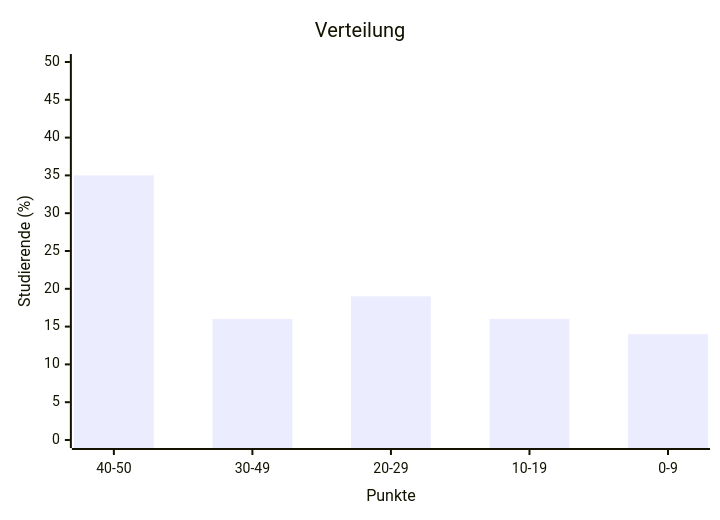
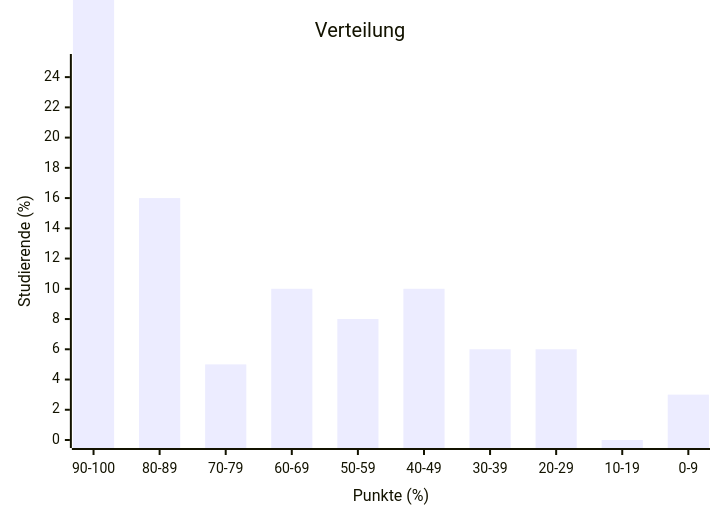
The second of 4 diagrams in docs/additional-material/daniel/coding2-wi/exam-results.md (jappuccini/java-docs), drawn with Mermaid before and after one commit. The commit also changed other lines of this file and 1 other file, not shown here.

````diff
--- a/docs/additional-material/daniel/coding2-wi/exam-results.md
+++ b/docs/additional-material/daniel/coding2-wi/exam-results.md
@@ -34,7 +34,7 @@
 ```mermaid
 xychart-beta
    title "Verteilung"
-   x-axis "Punkte" ["40-50", "30-49", "20-29", "10-19", "0-9"]
-   y-axis "Studierende (%)" 0 --> 50
-   bar [35, 16, 19, 16, 14]
+   x-axis "Punkte (%)" ["90-100", "80-89", "70-79", "60-69", "50-59", "40-49", "30-39", "20-29", "10-19", "0-9"]
+   y-axis "Studierende (%)" 0 --> 25
+   bar [37, 16, 5, 10, 8, 10, 6, 6, 0, 3]
 ```
````
